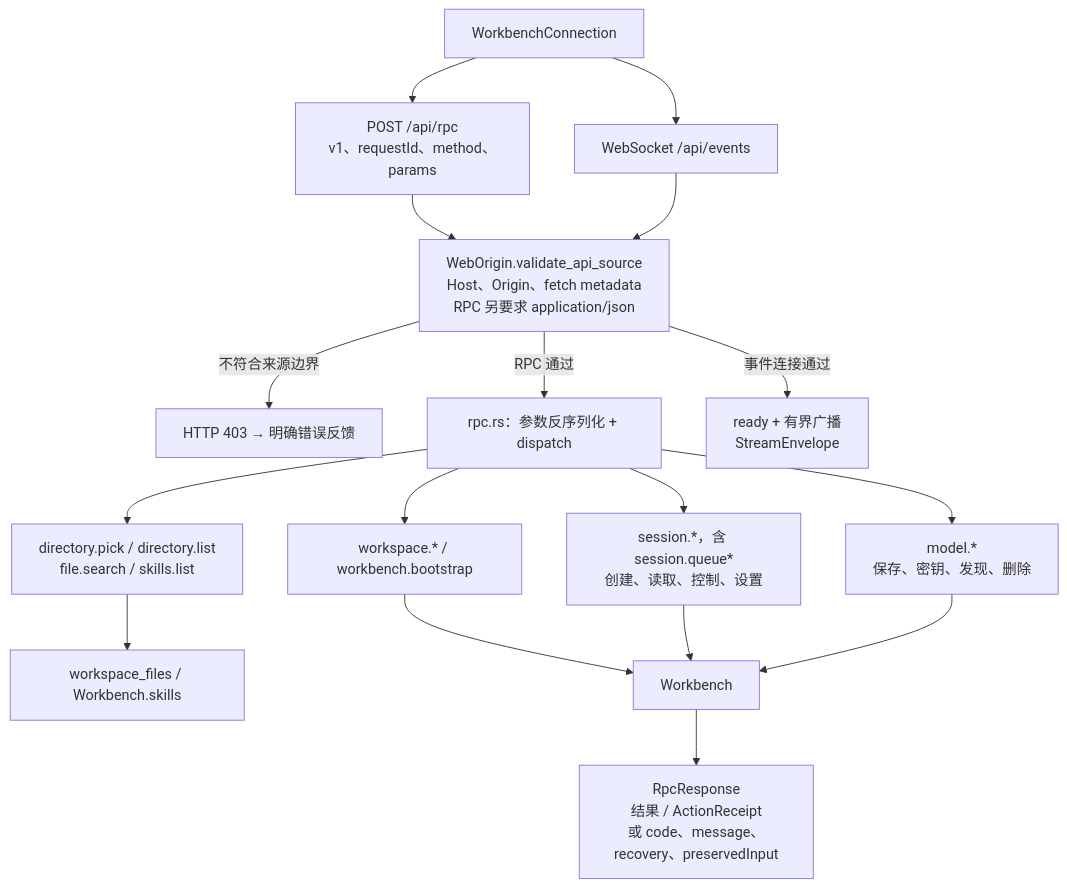
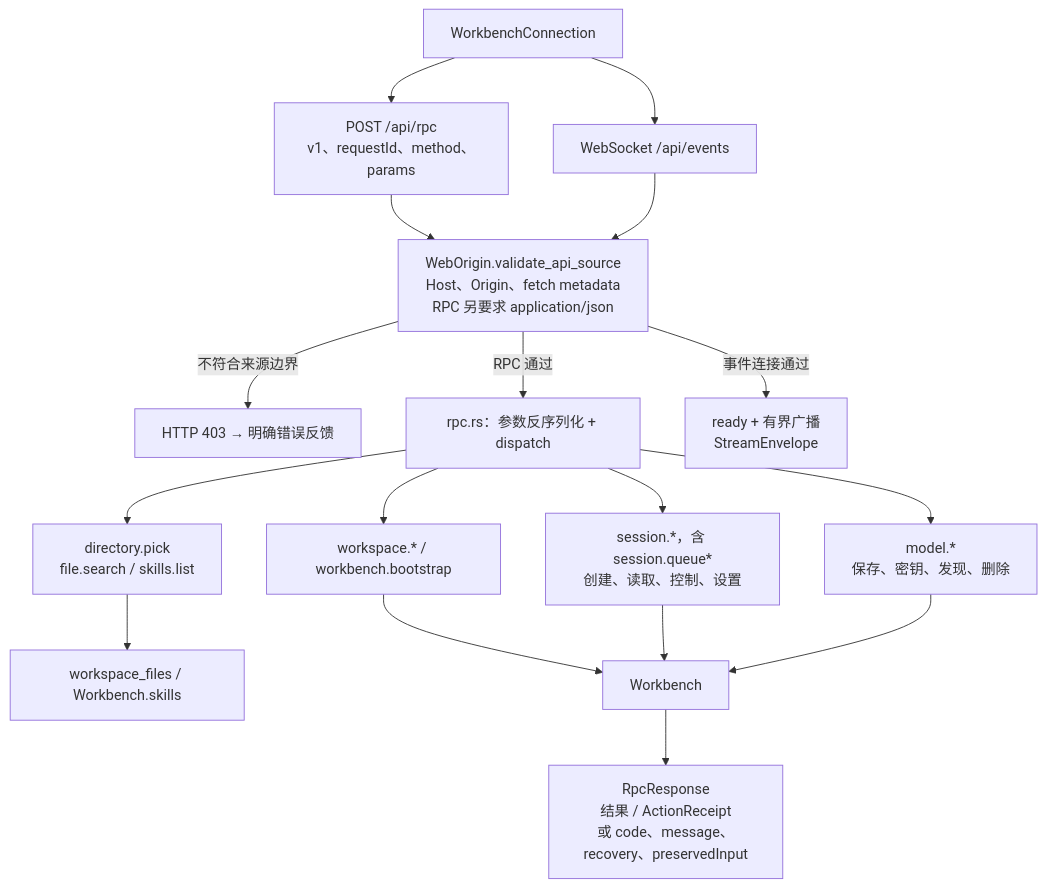
One commit to qjcnmd/singularity-agent changed the ninth of 29 diagrams in docs/singularity.md. Above: the diagram before and after it, drawn with Mermaid. The commit also changed other lines of this file and 99 other files, not shown here.

````diff
--- a/docs/singularity.md
+++ b/docs/singularity.md
@@ -243,19 +241,19 @@
 ```mermaid
 flowchart TB
     Browser["WorkbenchConnection"] --> RPC["POST /api/rpc<br/>v1、requestId、method、params"]
     Browser --> WS["WebSocket /api/events"]
     RPC --> Origin["WebOrigin.validate_api_source<br/>Host、Origin、fetch metadata<br/>RPC 另要求 application/json"]
     WS --> Origin
     Origin -->|"不符合来源边界"| Forbidden["HTTP 403 → 明确错误反馈"]
     Origin -->|"RPC 通过"| Dispatch["rpc.rs：参数反序列化 + dispatch"]
-    Dispatch --> Files["directory.pick / directory.list<br/>file.search / skills.list"]
+    Dispatch --> Files["directory.pick<br/>file.search / skills.list"]
     Dispatch --> Projects["workspace.* / workbench.bootstrap"]
     Dispatch --> Sessions["session.*，含 session.queue*<br/>创建、读取、控制、设置"]
     Dispatch --> Models["model.*<br/>保存、密钥、发现、删除"]
     Files --> FileAdapter["workspace_files / Workbench.skills"]
     Projects --> WB["Workbench"]
     Sessions --> WB
     Models --> WB
     WB --> Receipt["RpcResponse<br/>结果 / ActionReceipt<br/>或 code、message、recovery、preservedInput"]
     Origin -->|"事件连接通过"| Broadcast["ready + 有界广播<br/>StreamEnvelope"]
 ```
````
